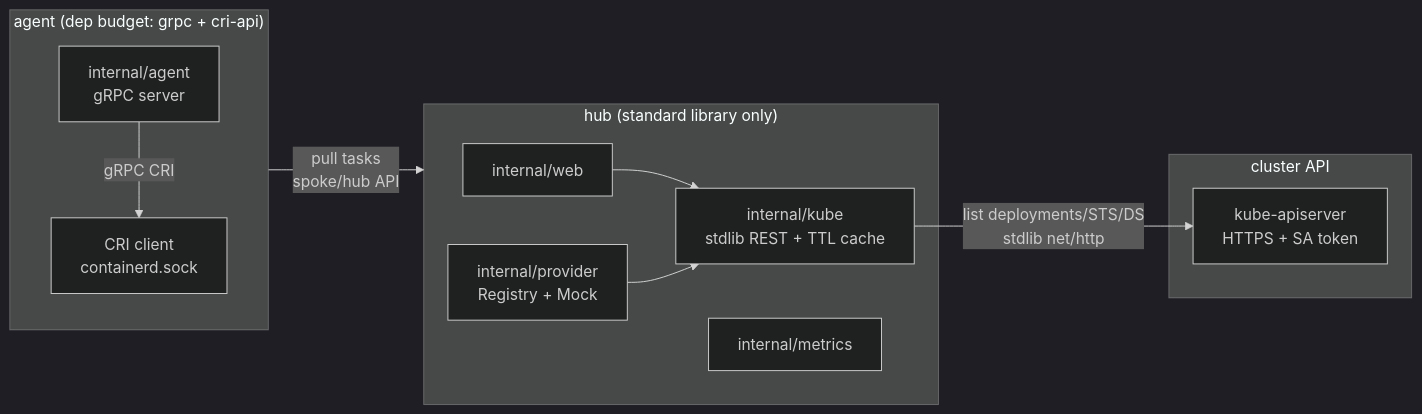
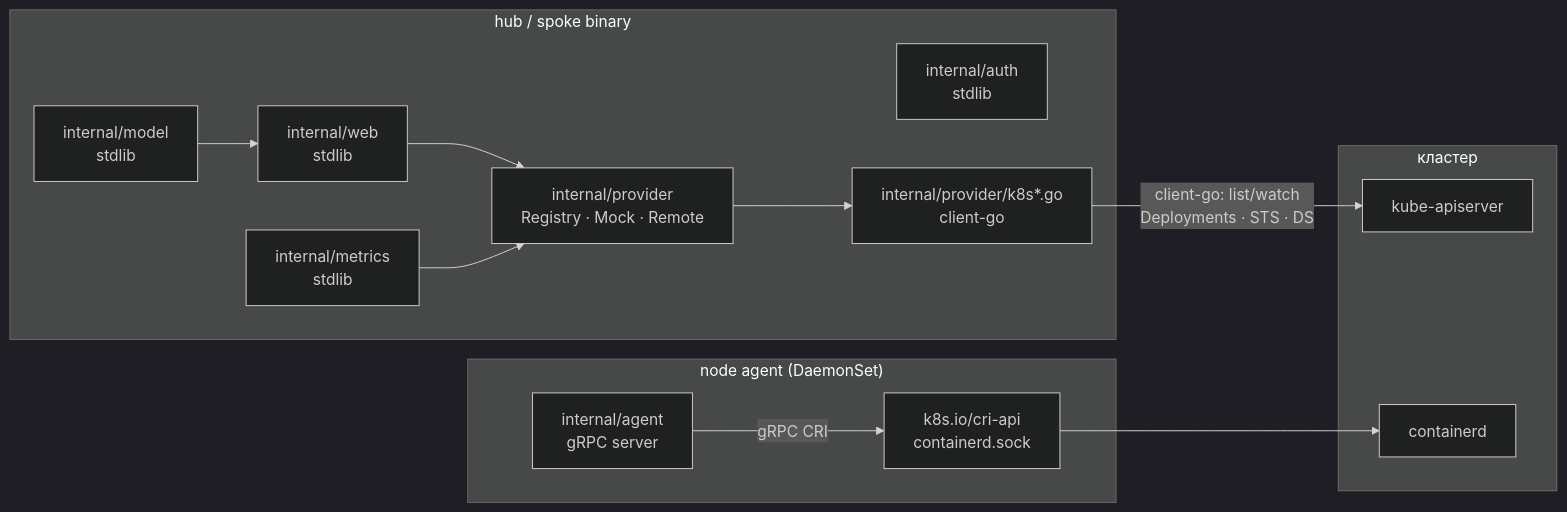
The diagram in docs/adr/0001-dependencies.md (vasyakrg/image-prepuller), drawn with Mermaid (dark theme) before and after one commit. The commit also changed other lines of this file and 28 other files, not shown here.

````diff
--- a/docs/adr/0001-dependencies.md
+++ b/docs/adr/0001-dependencies.md
@@ -80,21 +66,26 @@
 ```mermaid
 flowchart LR
-    subgraph HUB["hub (standard library only)"]
-        WEB["internal/web"]
-        KUBE["internal/kube<br/>stdlib REST + TTL cache"]
-        REG["internal/provider<br/>Registry + Mock"]
-        MET["internal/metrics"]
+    subgraph HUB["hub / spoke binary"]
+        WEB["internal/web<br/>stdlib"]
+        MODEL["internal/model<br/>stdlib"]
+        AUTH["internal/auth<br/>stdlib"]
+        MET["internal/metrics<br/>stdlib"]
+        REG["internal/provider<br/>Registry · Mock · Remote"]
+        K8SP["internal/provider/k8s*.go<br/>client-go"]
     end
-    subgraph K8S["cluster API"]
-        APISRV["kube-apiserver<br/>HTTPS + SA token"]
+    subgraph NODE["node agent (DaemonSet)"]
+        AG["internal/agent<br/>gRPC server"]
+        CRI["k8s.io/cri-api<br/>containerd.sock"]
     end
-    subgraph NODE["agent (dep budget: grpc + cri-api)"]
-        AG["internal/agent<br/>gRPC server"]
-        CRI["CRI client<br/>containerd.sock"]
+    subgraph CLUSTER["кластер"]
+        APISRV["kube-apiserver"]
+        CD["containerd"]
     end
-    WEB --> KUBE
-    KUBE -->|"list deployments/STS/DS<br/>stdlib net/http"| APISRV
-    REG --> KUBE
+    REG --> K8SP
+    K8SP -->|"client-go: list/watch<br/>Deployments · STS · DS"| APISRV
     AG -->|"gRPC CRI"| CRI
-    NODE -->|"pull tasks<br/>spoke/hub API"| HUB
+    CRI --> CD
+    WEB --> REG
+    MET --> REG
+    MODEL --> WEB
 ```
````
